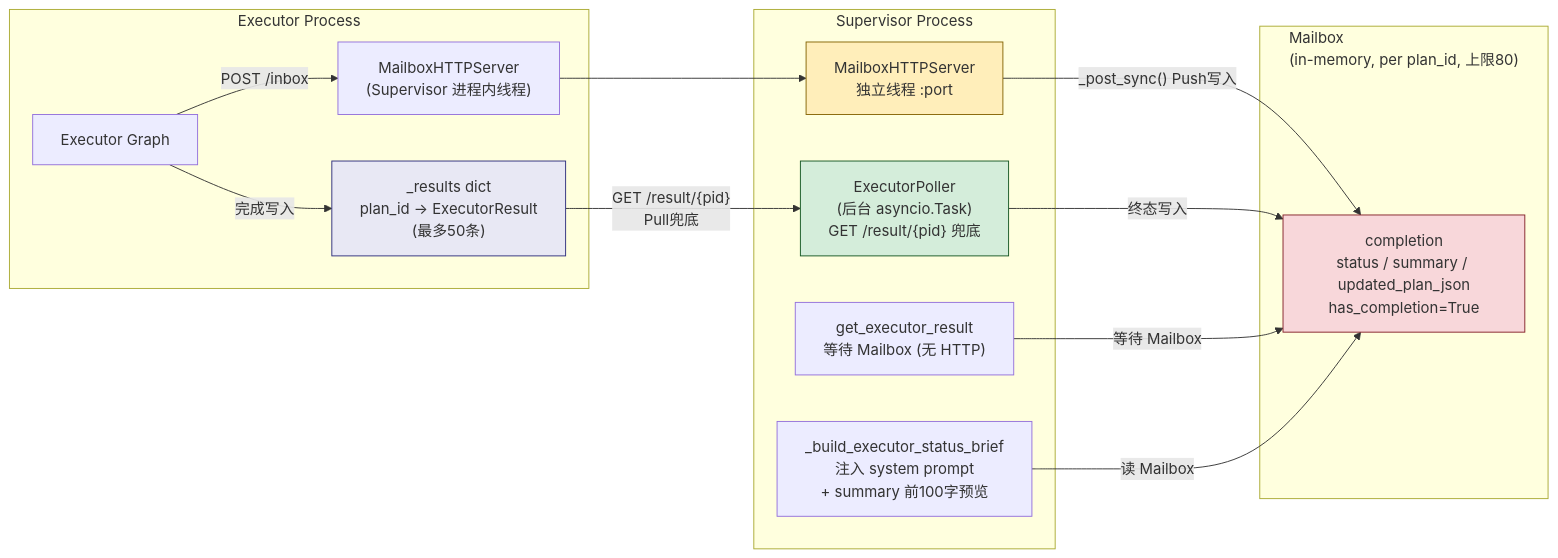
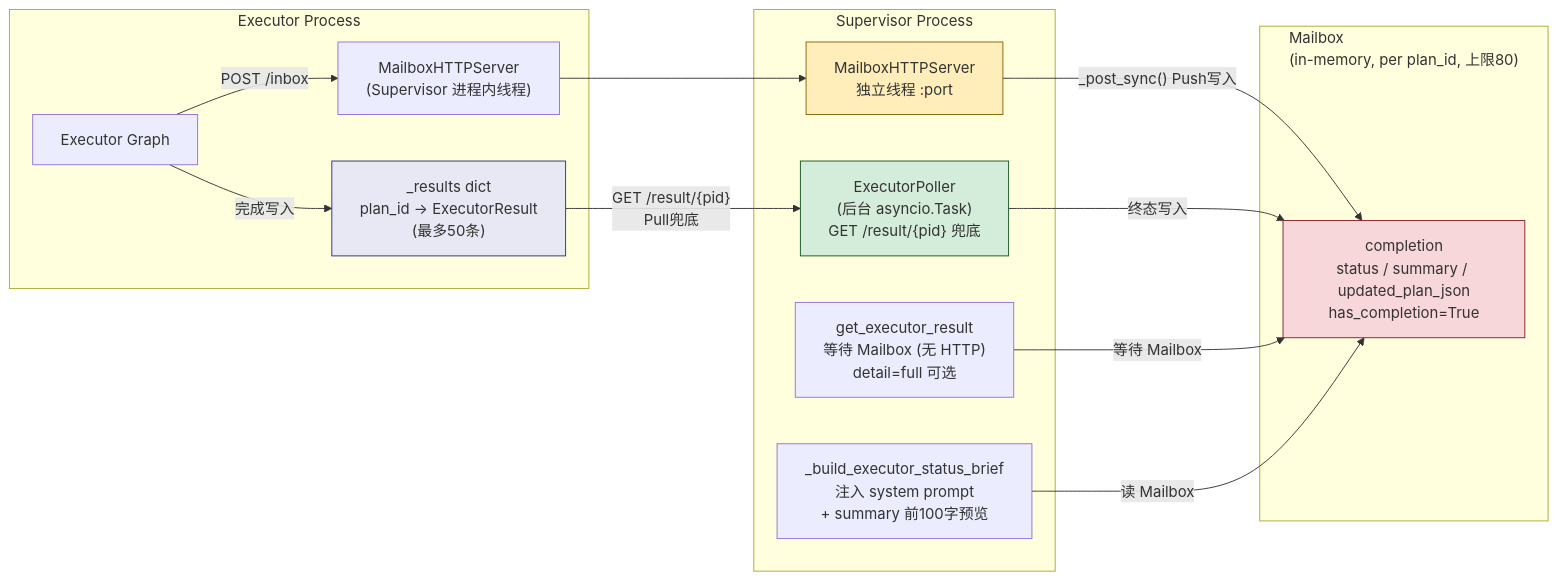
Before and after one commit to Tlaven/agent-triad: the fifth of 8 diagrams in docs/v3-architecture-diagrams.md, drawn with Mermaid. The commit also changed other lines of this file and 8 other files, not shown here.

````diff
--- a/docs/v3-architecture-diagrams.md
+++ b/docs/v3-architecture-diagrams.md
@@ -237,30 +237,30 @@
 ```mermaid
 flowchart LR
     subgraph ExecProc["Executor Process"]
         EG[Executor Graph] -->|完成写入| RS["_results dict<br/>plan_id → ExecutorResult<br/>(最多50条)"]
         EG -->|"POST /inbox"| MBS_ext["MailboxHTTPServer<br/>(Supervisor 进程内线程)"]
     end
 
     subgraph MailboxStore["Mailbox<br/>(in-memory, per plan_id, 上限80)"]
         C["completion<br/>status / summary / updated_plan_json<br/>has_completion=True"]
     end
 
     subgraph SupervisorProc["Supervisor Process"]
         EP_box["ExecutorPoller<br/>(后台 asyncio.Task)<br/>GET /result/{pid} 兜底"]
-        GER["get_executor_result<br/>等待 Mailbox (无 HTTP)"]
+        GER["get_executor_result<br/>等待 Mailbox (无 HTTP)<br/>detail=full 可选"]
         BES["_build_executor_status_brief<br/>注入 system prompt<br/>+ summary 前100字预览"]
         MBS_box["MailboxHTTPServer<br/>独立线程 :port"]
     end
 
     MBS_ext --> MBS_box
     MBS_box -->|"_post_sync() Push写入"| C
     RS -->|"GET /result/{pid}<br/>Pull兜底"| EP_box
     EP_box -->|终态写入| C
     GER -->|等待 Mailbox| C
     BES -->|读 Mailbox| C
 
     style C fill:#f8d7da,stroke:#842029
     style RS fill:#e8e8f4,stroke:#2d2d7d
     style EP_box fill:#d4edda,stroke:#155724
     style MBS_box fill:#ffeeba,stroke:#856404
 ```
````
